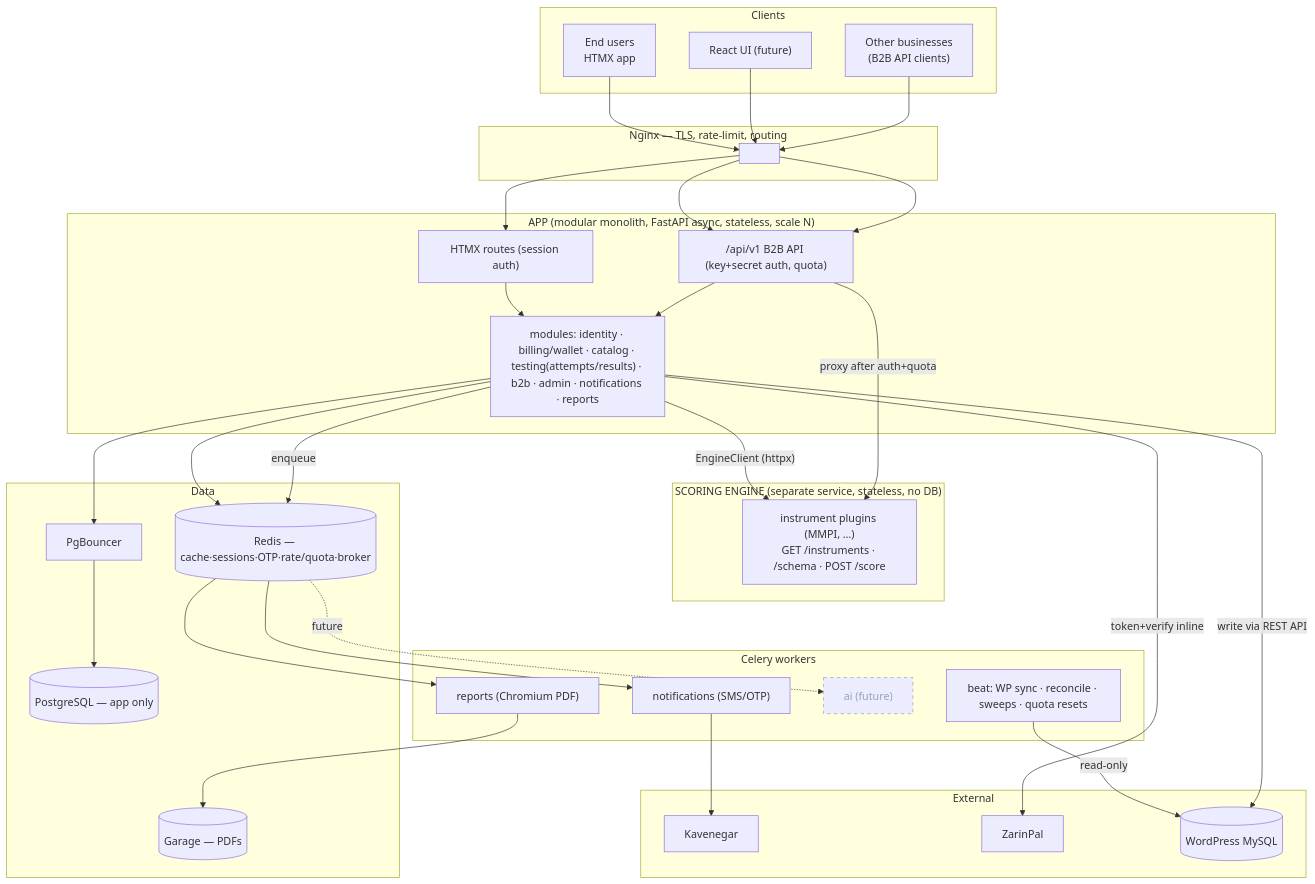
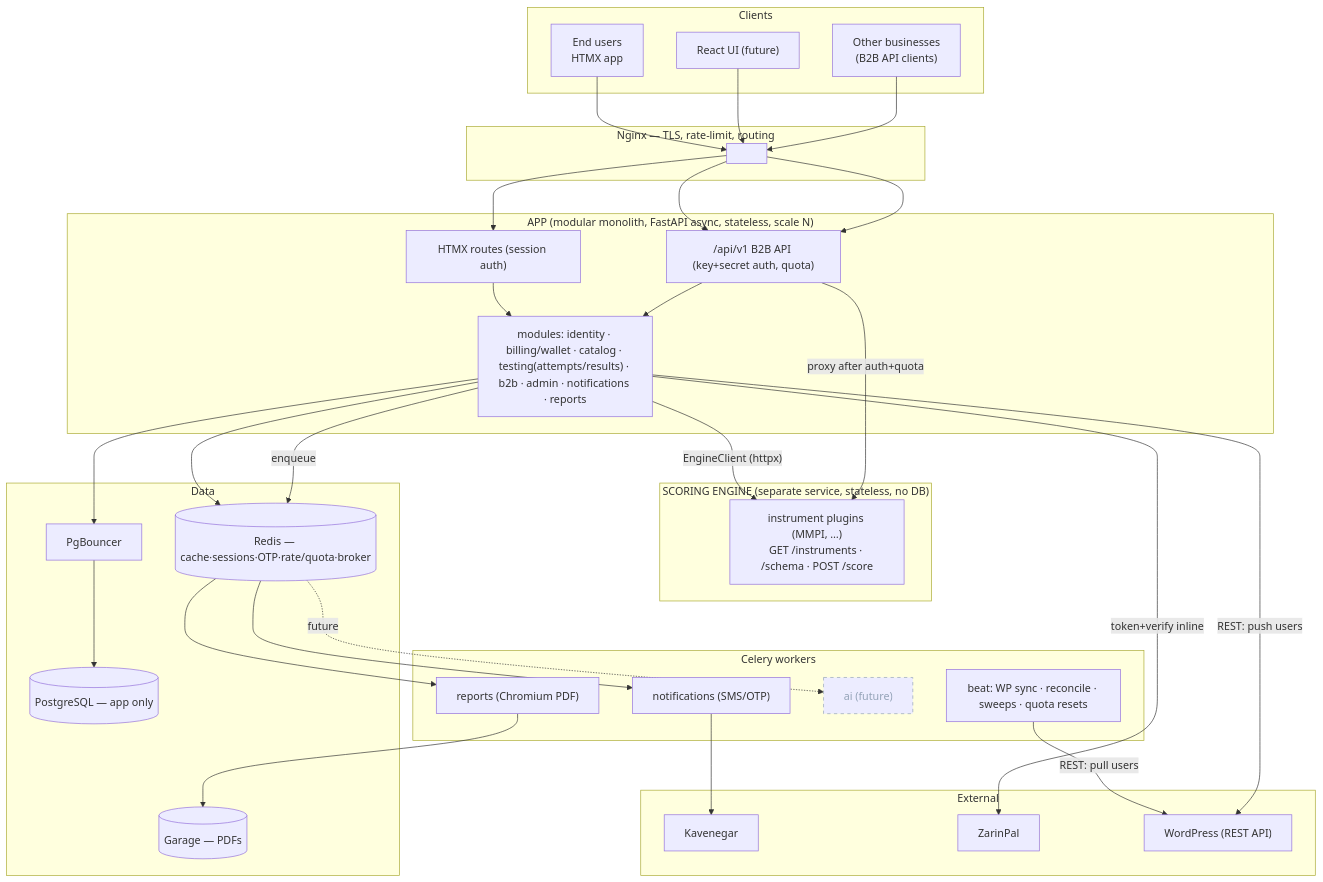
The first of 3 diagrams in ARCHITECTURE_AND_PLAN.md (hramin/psychology-test-platform), drawn with Mermaid before and after one commit. The commit also changed other lines of this file and 1 other file, not shown here.

Commit message:
change ai files for wp sync

````diff
--- a/ARCHITECTURE_AND_PLAN.md
+++ b/ARCHITECTURE_AND_PLAN.md
@@ -16,51 +16,51 @@
 ```mermaid
 flowchart TB
     subgraph Clients
         U["End users<br/>HTMX app"]
         R["React UI (future)"]
         B["Other businesses<br/>(B2B API clients)"]
     end
     subgraph Edge["Nginx — TLS, rate-limit, routing"]
         NG[" "]
     end
     subgraph App["APP (modular monolith, FastAPI async, stateless, scale N)"]
         WEB["HTMX routes (session auth)"]
         APIB["/api/v1 B2B API (key+secret auth, quota)"]
         MOD["modules: identity · billing/wallet · catalog · testing(attempts/results) · b2b · admin · notifications · reports"]
     end
     subgraph Engine["SCORING ENGINE (separate service, stateless, no DB)"]
         ENG["instrument plugins (MMPI, …)<br/>GET /instruments · /schema · POST /score"]
     end
     subgraph Async["Celery workers"]
         WN["notifications (SMS/OTP)"]
         WR["reports (Chromium PDF)"]
         WAI["ai (future)"]
         BEAT["beat: WP sync · reconcile · sweeps · quota resets"]
     end
     subgraph Data
         PGB["PgBouncer"]
         PG[("PostgreSQL — app only")]
         RD[("Redis — cache·sessions·OTP·rate/quota·broker")]
         OS[("Garage — PDFs")]
     end
     subgraph Ext["External"]
-        SMS["Kavenegar"]; BANK["ZarinPal"]; WP[("WordPress MySQL")]
+        SMS["Kavenegar"]; BANK["ZarinPal"]; WP["WordPress (REST API)"]
     end
     U-->NG-->WEB
     R-->NG-->APIB
     B-->NG-->APIB
     WEB-->MOD; APIB-->MOD
     MOD-->PGB-->PG
     MOD-->RD
     MOD-- EngineClient (httpx) -->ENG
     APIB-- proxy after auth+quota -->ENG
     MOD-- enqueue -->RD-->WN & WR
     RD-.future.->WAI
     WN-->SMS
     WR-->OS
     MOD-- token+verify inline -->BANK
-    BEAT-- read-only -->WP
-    MOD-- write via REST API -->WP
+    BEAT-- REST: pull users -->WP
+    MOD-- REST: push users -->WP
     classDef future stroke-dasharray:5 5,stroke:#94a3b8,color:#94a3b8;
     class WAI future;
 ```
````
